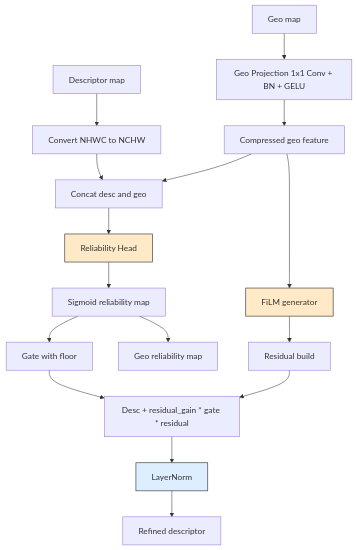
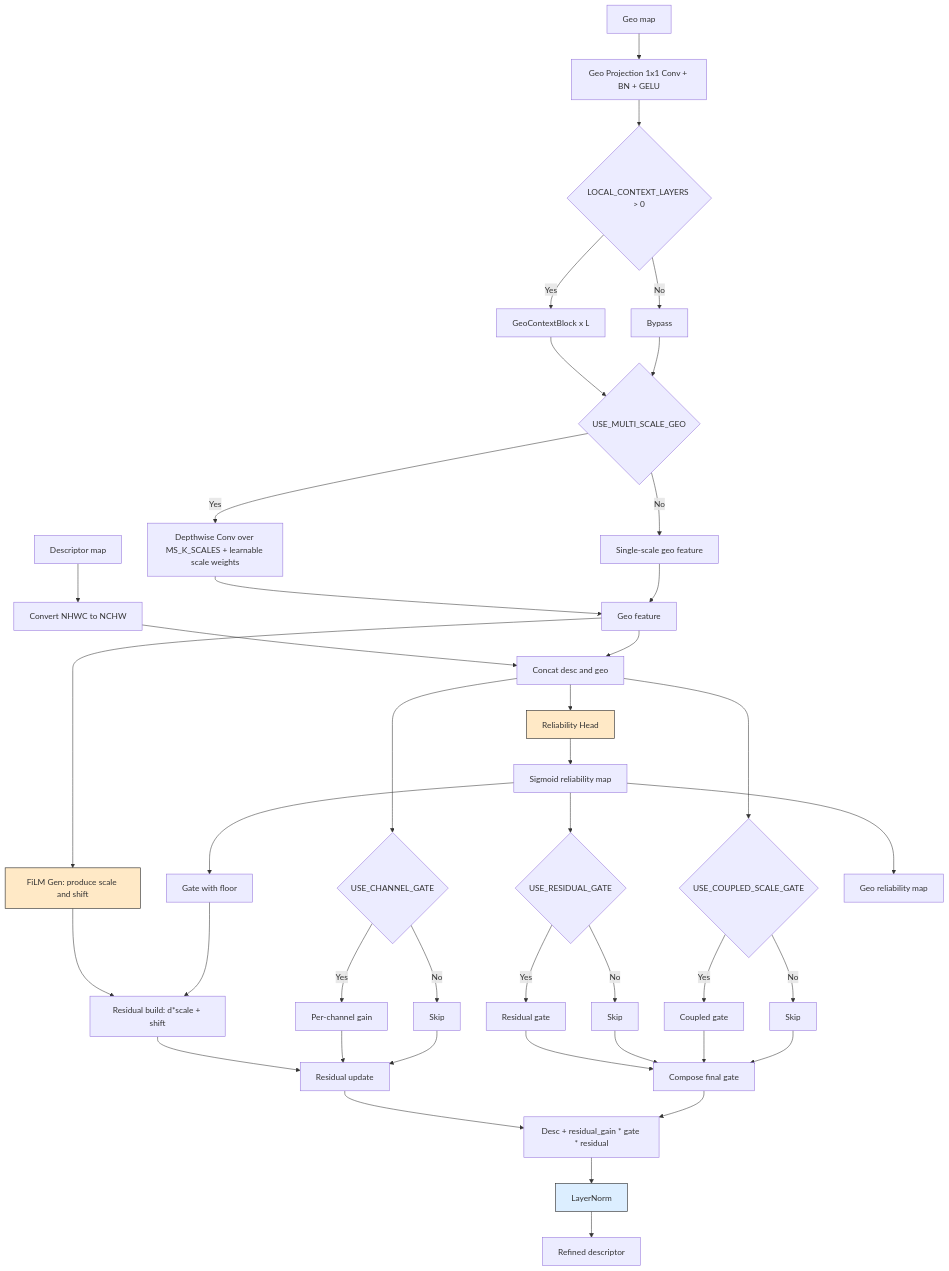
Before and after one commit to JianBing-Shi/GeoFeat: the second of 2 diagrams in docs/geofeat_framework_correct.md, drawn with Mermaid. The commit also changed other lines of this file and 15 other files, not shown here.

````diff
--- a/docs/geofeat_framework_correct.md
+++ b/docs/geofeat_framework_correct.md
@@ -41,25 +58,61 @@
 ```mermaid
 flowchart TD
     D0[Descriptor map] --> D1[Convert NHWC to NCHW]
     G0[Geo map] --> G1[Geo Projection 1x1 Conv + BN + GELU]
 
-    G1 --> GF[Compressed geo feature]
+    G1 --> C1{LOCAL_CONTEXT_LAYERS > 0}
+    C1 -->|Yes| C2[GeoContextBlock x L]
+    C1 -->|No| C3[Bypass]
+
+    C2 --> M0
+    C3 --> M0
+
+    M0{USE_MULTI_SCALE_GEO}
+    M0 -->|Yes| M1[Depthwise Conv over MS_K_SCALES + learnable scale weights]
+    M0 -->|No| M2[Single-scale geo feature]
+
+    M1 --> GF[Geo feature]
+    M2 --> GF
+
     D1 --> CAT[Concat desc and geo]
     GF --> CAT
 
     CAT --> REL[Reliability Head]
     REL --> R[Sigmoid reliability map]
+
+    GF --> FILM[FiLM Gen: produce scale and shift]
+    FILM --> MOD[Residual build: d*scale + shift]
+
     R --> GATE[Gate with floor]
+    GATE --> MOD
 
-    GF --> FILM[FiLM generator]
-    FILM --> MOD[Residual build]
-    GATE --> OUT[Desc + residual_gain * gate * residual]
-    MOD --> OUT
+    CAT --> CG{USE_CHANNEL_GATE}
+    CG -->|Yes| CAG[Per-channel gain]
+    CG -->|No| CSK[Skip]
+    MOD --> MOD2
+    CAG --> MOD2[Residual update]
+    CSK --> MOD2
+
+    R --> RG{USE_RESIDUAL_GATE}
+    RG -->|Yes| RGG[Residual gate]
+    RG -->|No| RGS[Skip]
+
+    CAT --> CSG{USE_COUPLED_SCALE_GATE}
+    CSG -->|Yes| CSGG[Coupled gate]
+    CSG -->|No| CSGS[Skip]
+
+    RGG --> GM[Compose final gate]
+    RGS --> GM
+    CSGG --> GM
+    CSGS --> GM
+
+    MOD2 --> OUT[Desc + residual_gain * gate * residual]
+    GM --> OUT
     OUT --> LN[LayerNorm]
     LN --> DOUT2[Refined descriptor]
     R --> ROUT[Geo reliability map]
 
     style REL fill:#ffe9c6,stroke:#333,stroke-width:1.2px
     style FILM fill:#ffe9c6,stroke:#333,stroke-width:1.2px
     style LN fill:#dceeff,stroke:#333,stroke-width:1.2px
 ```
````
